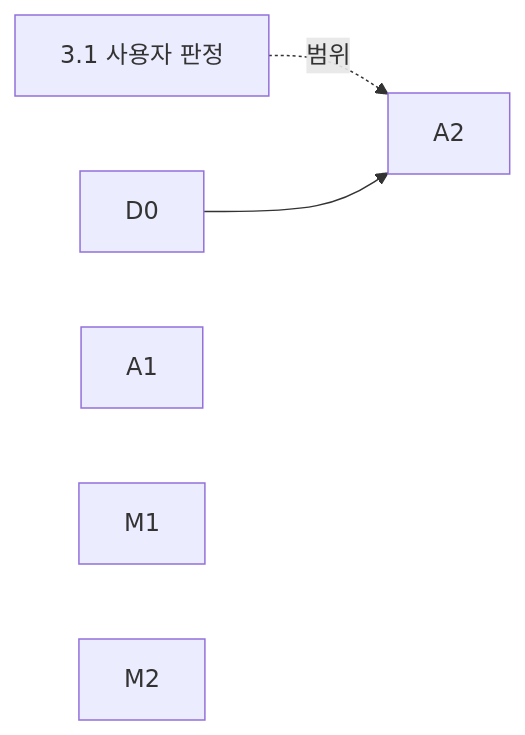
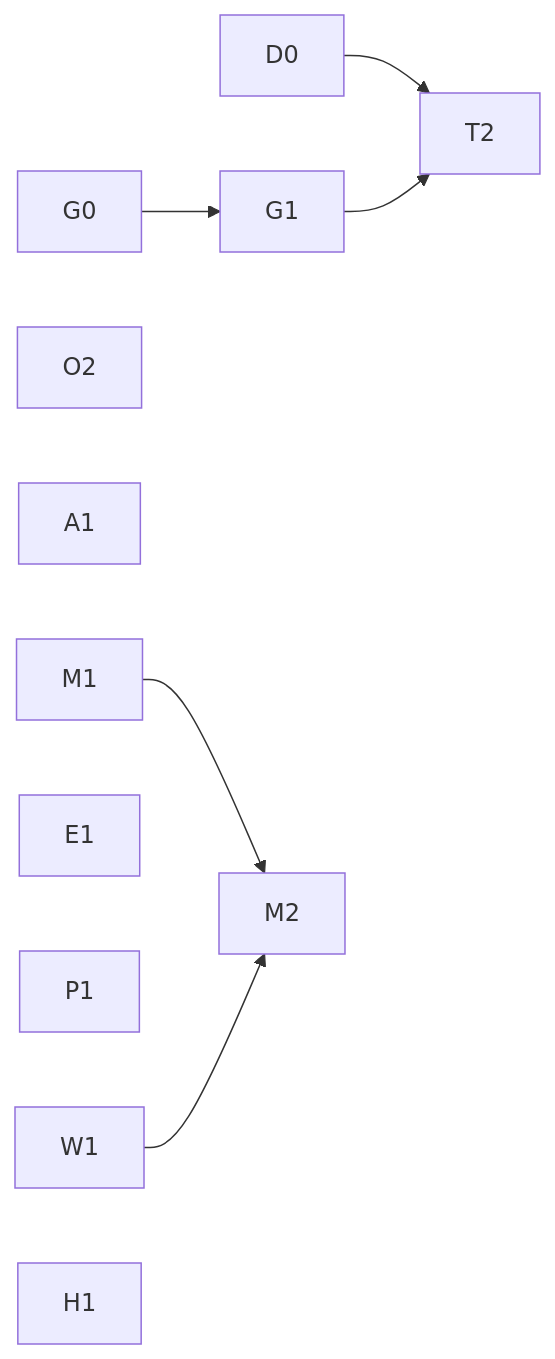
The diagram in docs/design/serving/control-reaction-plan.md (lab-paper-code/chill), drawn with Mermaid before and after one commit. The commit also changed other lines of this file and 1 other file, not shown here.

````diff
--- a/docs/design/serving/control-reaction-plan.md
+++ b/docs/design/serving/control-reaction-plan.md
@@ -130,8 +128,14 @@
 ```mermaid
 graph LR
-  S[3.1 사용자 판정] -.범위.-> A2
-  D0 --> A2
+  G0 --> G1
+  D0 --> T2
+  G1 --> T2
+  O2
   A1
-  M1
-  M2
+  W1
+  E1
+  P1
+  M1 --> M2
+  W1 --> M2
+  H1
 ```
````
